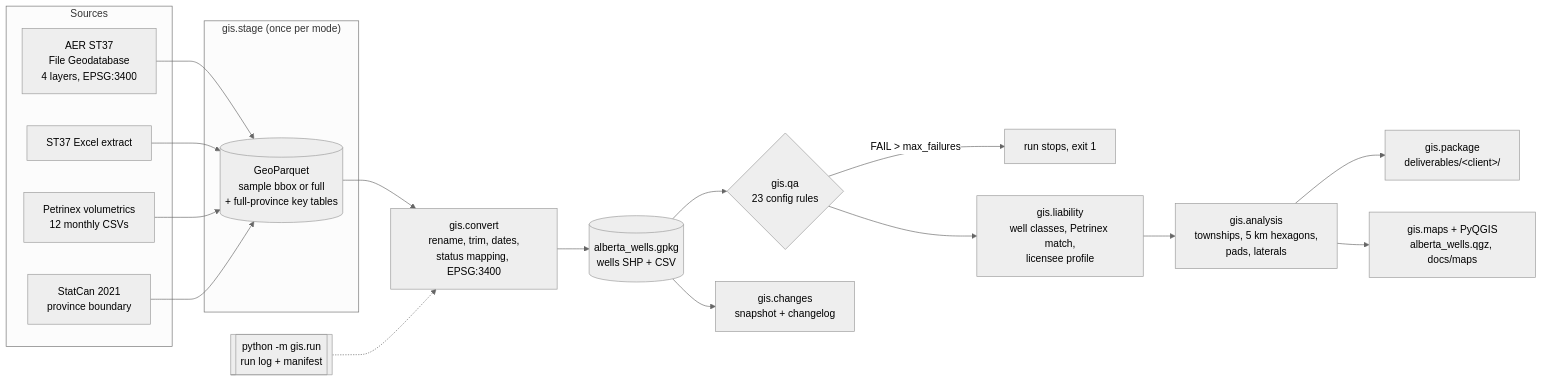
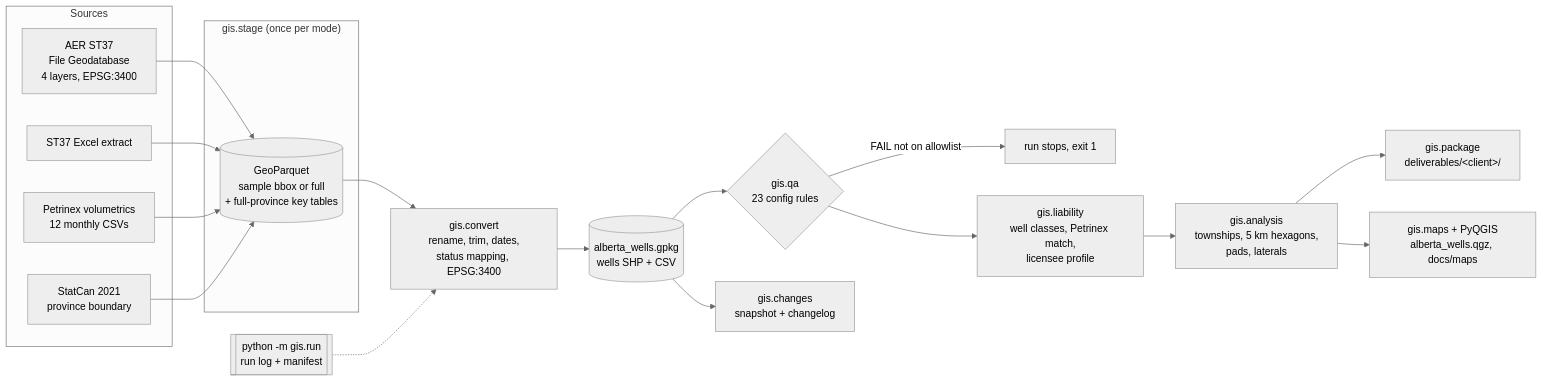
The diagram in README.md (Mona121212/Alberta-Well-Production-Analytics-Platform), drawn with Mermaid (neutral theme) before and after one commit. The commit also changed other lines of this file and 7 other files, not shown here.

First line of the commit message:
feat(gis): GQA-01 allowlist of 13 reviewed border licences replaces max_failures

````diff
--- a/README.md
+++ b/README.md
@@ -20,26 +20,26 @@
 ```mermaid
 flowchart LR
     subgraph Sources
         GDB[AER ST37<br/>File Geodatabase<br/>4 layers, EPSG:3400]
         XLS[ST37 Excel extract]
         PTX[Petrinex volumetrics<br/>12 monthly CSVs]
         BND[StatCan 2021<br/>province boundary]
     end
     subgraph "gis.stage (once per mode)"
         PQ[(GeoParquet<br/>sample bbox or full<br/>+ full-province key tables)]
     end
     GDB --> PQ
     XLS --> PQ
     PTX --> PQ
     BND --> PQ
     PQ --> CONV[gis.convert<br/>rename, trim, dates,<br/>status mapping, EPSG:3400]
     CONV --> GPKG[(alberta_wells.gpkg<br/>wells SHP + CSV)]
     GPKG --> QA{gis.qa<br/>23 config rules}
-    QA -- "FAIL > max_failures" --> STOP[run stops, exit 1]
+    QA -- "FAIL not on allowlist" --> STOP[run stops, exit 1]
     QA --> LIAB[gis.liability<br/>well classes, Petrinex match,<br/>licensee profile]
     LIAB --> ANA[gis.analysis<br/>townships, 5 km hexagons,<br/>pads, laterals]
     ANA --> PKG[gis.package<br/>deliverables/&lt;client&gt;/]
     ANA --> MAPS[gis.maps + PyQGIS<br/>alberta_wells.qgz, docs/maps]
     GPKG --> CHG[gis.changes<br/>snapshot + changelog]
     RUN[[python -m gis.run<br/>run log + manifest]] -.-> CONV
 ```
````
